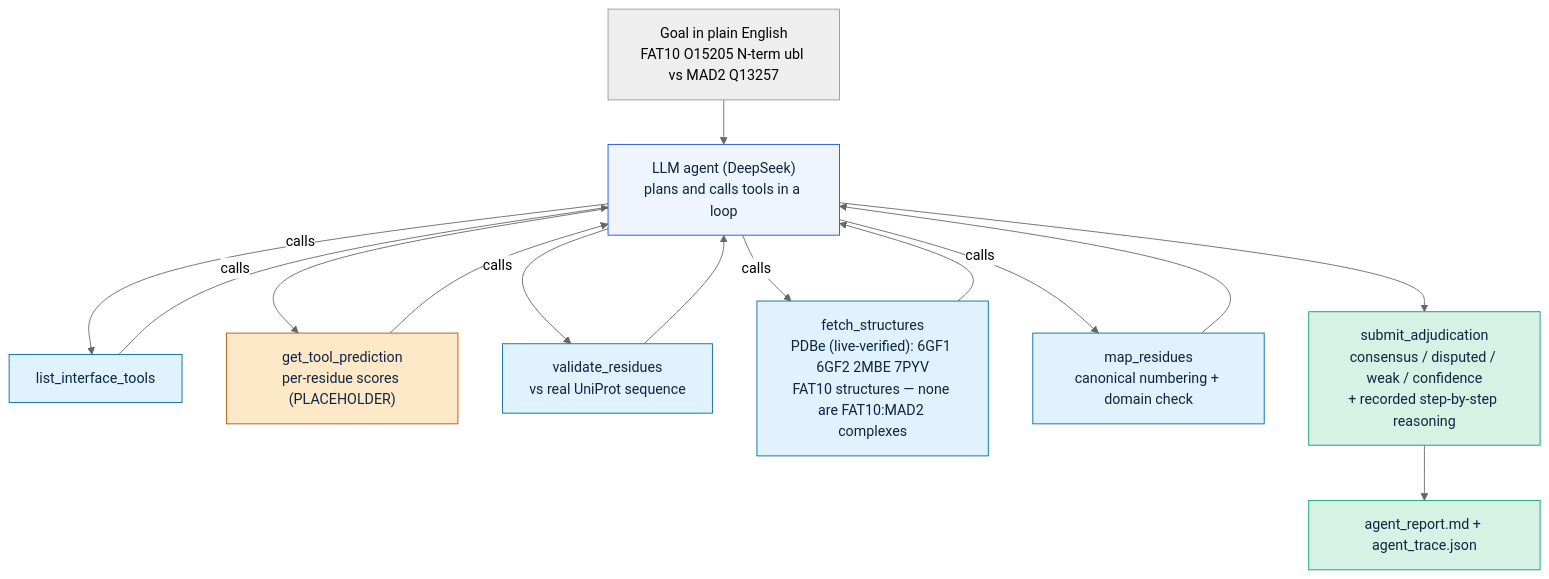
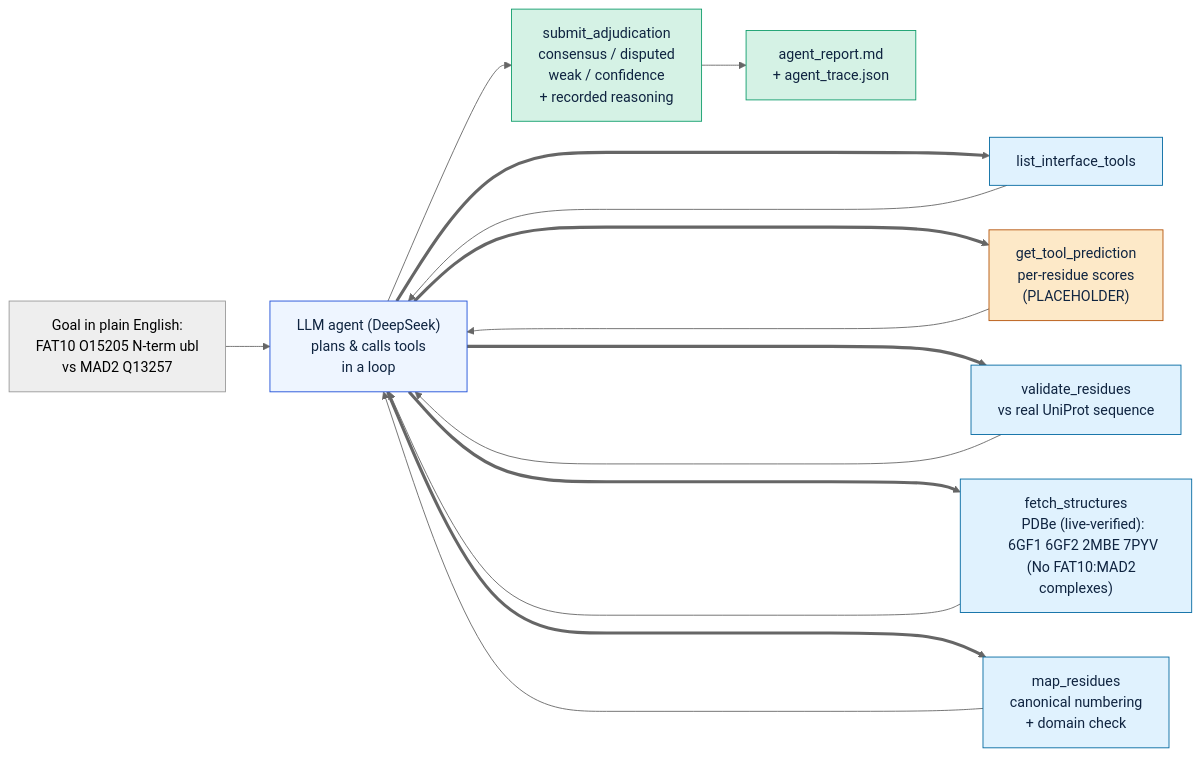
One commit to TLDDODO/sv-agent-poc changed the first of 2 diagrams in FLOW.md. Above: the diagram before and after it, drawn with Mermaid (neutral theme).

````diff
--- a/FLOW.md
+++ b/FLOW.md
@@ -17,29 +17,49 @@
 ```mermaid
-flowchart TD
-    G["Goal in plain English<br/>FAT10 O15205 N-term ubl vs MAD2 Q13257"]
-    G --> AG["LLM agent (DeepSeek)<br/>plans and calls tools in a loop"]
+flowchart LR
+    G["Goal in plain English:
+    FAT10 O15205 N-term ubl
+    vs MAD2 Q13257"] 
+    
+    G --> AG["LLM agent (DeepSeek)
+    plans & calls tools
+    in a loop"]
 
-    AG -->|calls| T1["list_interface_tools"]
-    AG -->|calls| T2["get_tool_prediction<br/>per-residue scores (PLACEHOLDER)"]
-    AG -->|calls| T3["validate_residues<br/>vs real UniProt sequence"]
-    AG -->|calls| T4["fetch_structures<br/>PDBe (live-verified): 6GF1 6GF2 2MBE 7PYV<br/>FAT10 structures — none are FAT10:MAD2 complexes"]
-    AG -->|calls| T5["map_residues<br/>canonical numbering + domain check"]
+    %% 工具调用并联流向（改用横向结构，避免宽度爆炸）
+    AG ====> T1["list_interface_tools"]
+    AG ====> T2["get_tool_prediction
+    per-residue scores
+    (PLACEHOLDER)"]
+    AG ====> T3["validate_residues
+    vs real UniProt sequence"]
+    AG ====> T4["fetch_structures
+    PDBe (live-verified):
+    6GF1 6GF2 2MBE 7PYV
+    (No FAT10:MAD2 complexes)"]
+    AG ====> T5["map_residues
+    canonical numbering
+    + domain check"]
 
-    T1 --> AG
-    T2 --> AG
-    T3 --> AG
-    T4 --> AG
-    T5 --> AG
+    T1 ----> AG
+    T2 ----> AG
+    T3 ----> AG
+    T4 ----> AG
+    T5 ----> AG
 
-    AG --> SUB["submit_adjudication<br/>consensus / disputed / weak / confidence<br/>+ recorded step-by-step reasoning"]
-    SUB --> REP["agent_report.md + agent_trace.json"]
+    AG --> SUB["submit_adjudication
+    consensus / disputed
+    weak / confidence
+    + recorded reasoning"]
+    
+    SUB --> REP["agent_report.md
+    + agent_trace.json"]
 
-    classDef agent fill:#eef5ff,stroke:#1d4ed8,color:#0f2440;
-    classDef tool fill:#e0f2fe,stroke:#0369a1,color:#0f2440;
-    classDef warn fill:#fde9c8,stroke:#b45309,color:#0f2440;
-    classDef good fill:#d5f2e5,stroke:#0f9d6b,color:#0f2440;
-    class AG agent;
-    class T1,T3,T4,T5 tool;
-    class T2 warn;
-    class SUB,REP good;
+    classDef agent fill:#eef5ff,stroke:#1d4ed8,color:#0f2440;
+    classDef tool fill:#e0f2fe,stroke:#0369a1,color:#0f2440;
+    classDef warn fill:#fde9c8,stroke:#b45309,color:#0f2440;
+    classDef good fill:#d5f2e5,stroke:#0f9d6b,color:#0f2440;
+    
+    class AG agent;
+    class T1,T3,T4,T5 tool;
+    class T2 warn;
+    class SUB,REP good;
 ```
````
